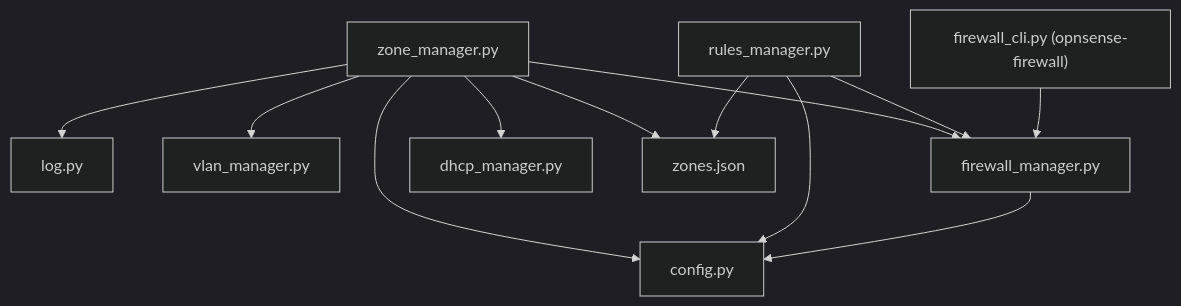
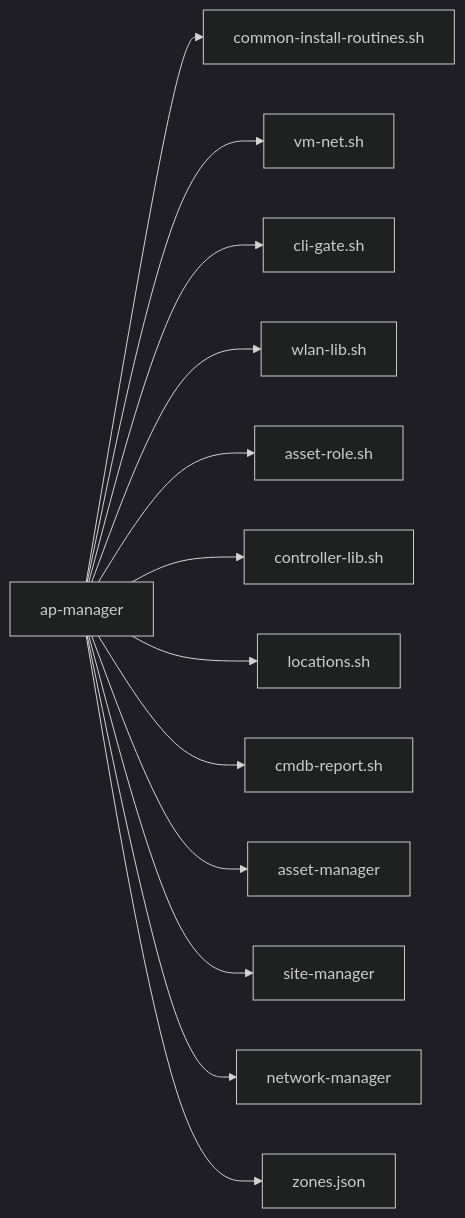
Before and after one commit to TAPPaaS/TAPPaaS: diagram 11 of 18 in src/foundation/DEPENDENCIES.md, drawn with Mermaid (dark theme). The commit also changed other lines of this file and 4 other files, not shown here.

````diff
--- a/src/foundation/DEPENDENCIES.md
+++ b/src/foundation/DEPENDENCIES.md
@@ -338,14 +311,16 @@
 ```mermaid
-graph TD
-    ZM["zone_manager.py"] --> CFG["config.py"]
-    ZM --> LOG["log.py"]
-    ZM --> VL["vlan_manager.py"]
-    ZM --> FW["firewall_manager.py"]
-    ZM --> DH["dhcp_manager.py"]
-    ZM --> ZJ["zones.json"]
-    RM["rules_manager.py"] --> CFG
-    RM --> FW
-    RM --> ZJ
-    FCLI["firewall_cli.py (opnsense-firewall)"] --> FW
-    FW --> CFG
+graph LR
+    n0["ap-manager"]
+    n0 --> n1["common-install-routines.sh"]
+    n0 --> n2["vm-net.sh"]
+    n0 --> n3["cli-gate.sh"]
+    n0 --> n4["wlan-lib.sh"]
+    n0 --> n5["asset-role.sh"]
+    n0 --> n6["controller-lib.sh"]
+    n0 --> n7["locations.sh"]
+    n0 --> n8["cmdb-report.sh"]
+    n0 --> n9["asset-manager"]
+    n0 --> n10["site-manager"]
+    n0 --> n11["network-manager"]
+    n0 --> n12["zones.json"]
 ```
````
